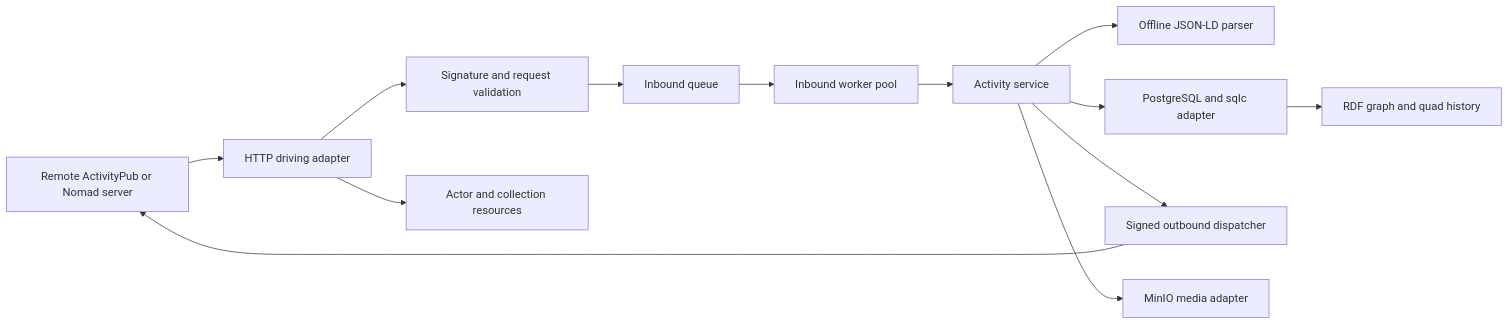
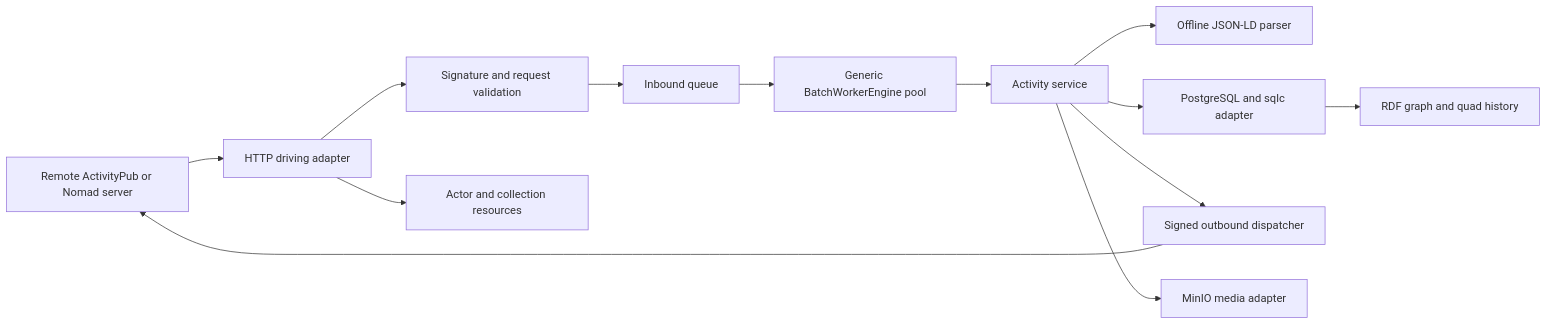
The diagram in docs/architecture_blueprint.md (sprezz-net/sprezz), drawn with Mermaid before and after one commit. The commit also changed other lines of this file, not shown here.

Commit message:
Architecture update

````diff
--- a/docs/architecture_blueprint.md
+++ b/docs/architecture_blueprint.md
@@ -23,15 +23,15 @@
 ```mermaid
 flowchart LR
     Remote[Remote ActivityPub or Nomad server] --> HTTP[HTTP driving adapter]
     HTTP --> Verify[Signature and request validation]
     Verify --> Queue[Inbound queue]
-    Queue --> Worker[Inbound worker pool]
+    Queue --> Worker[Generic BatchWorkerEngine pool]
     Worker --> Service[Activity service]
     Service --> Parser[Offline JSON-LD parser]
     Service --> Store[PostgreSQL and sqlc adapter]
     Store --> Graph[RDF graph and quad history]
     HTTP --> Collections[Actor and collection resources]
     Service --> Outbound[Signed outbound dispatcher]
     Outbound --> Remote
     Service --> Media[MinIO media adapter]
 ```
````
